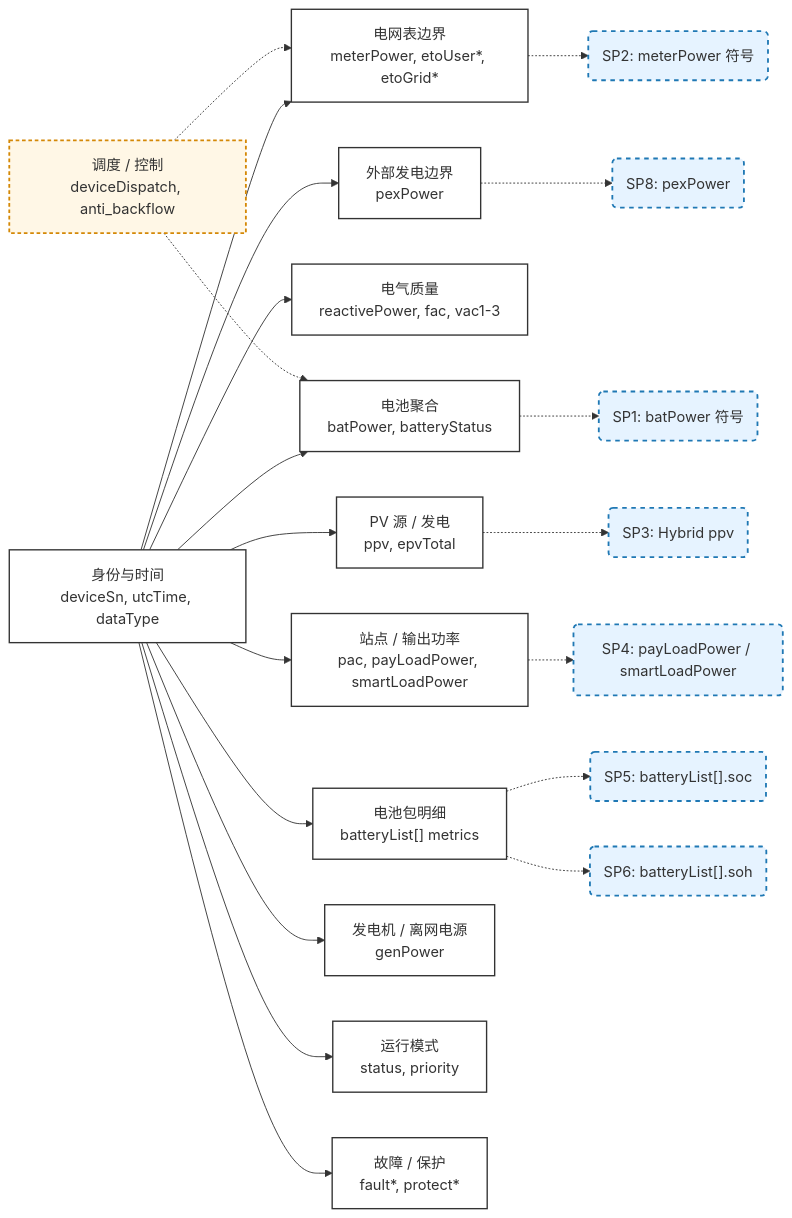
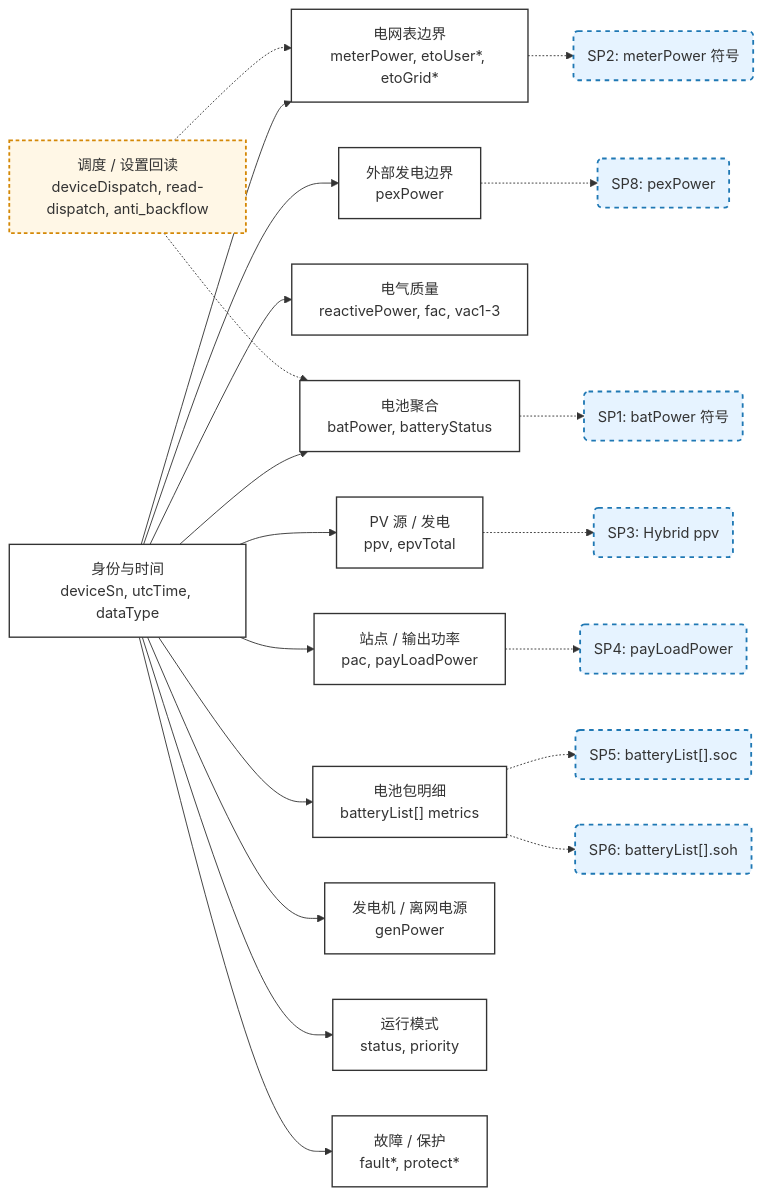
The sixth of 8 diagrams in Growatt API/OPENAPI.zh-CN/13_ess_semantic_model.md (EugeneJian/growatt-unified-api), drawn with Mermaid before and after one commit. The commit also changed other lines of this file and 2 other files, not shown here.

Commit message:
Clarify SP7 as dispatch setting readback

````diff
--- a/Growatt API/OPENAPI.zh-CN/13_ess_semantic_model.md
+++ b/Growatt API/OPENAPI.zh-CN/13_ess_semantic_model.md
@@ -326,53 +323,53 @@
 ```mermaid
 flowchart LR
 
     classDef block fill:#ffffff,stroke:#333,stroke-width:1.5px;
     classDef semantic fill:#e6f3ff,stroke:#1f78b4,stroke-width:2px,stroke-dasharray: 5 5;
     classDef dispatch fill:#fff7e6,stroke:#d48806,stroke-width:2px,stroke-dasharray: 4 3;
 
     Meta["身份与时间<br/>deviceSn, utcTime, dataType"]
     GridMeterBlock["电网表边界<br/>meterPower, etoUser*, etoGrid*"]
     ExternalGenerationBlock["外部发电边界<br/>pexPower"]
     Electrical["电气质量<br/>reactivePower, fac, vac1-3"]
     PVBlock["PV 源 / 发电<br/>ppv, epvTotal"]
-    SiteBlock["站点 / 输出功率<br/>pac, payLoadPower, smartLoadPower"]
+    SiteBlock["站点 / 输出功率<br/>pac, payLoadPower"]
     BatteryAgg["电池聚合<br/>batPower, batteryStatus"]
     BatteryPack["电池包明细<br/>batteryList[] metrics"]
     GeneratorBlock["发电机 / 离网电源<br/>genPower"]
     Runtime["运行模式<br/>status, priority"]
     Fault["故障 / 保护<br/>fault*, protect*"]
 
     SP1("SP1: batPower 符号")
     SP2("SP2: meterPower 符号")
     SP3("SP3: Hybrid ppv")
-    SP4("SP4: payLoadPower / smartLoadPower")
+    SP4("SP4: payLoadPower")
     SP5("SP5: batteryList[].soc")
     SP6("SP6: batteryList[].soh")
     SP8("SP8: pexPower")
-    Dispatch["调度 / 控制<br/>deviceDispatch, anti_backflow"]
+    Dispatch["调度 / 设置回读<br/>deviceDispatch, read-dispatch, anti_backflow"]
 
     Meta --> GridMeterBlock
     Meta --> ExternalGenerationBlock
     Meta --> Electrical
     Meta --> PVBlock
     Meta --> SiteBlock
     Meta --> BatteryAgg
     Meta --> BatteryPack
     Meta --> GeneratorBlock
     Meta --> Runtime
     Meta --> Fault
 
     GridMeterBlock -.-> SP2
     ExternalGenerationBlock -.-> SP8
     PVBlock -.-> SP3
     SiteBlock -.-> SP4
     BatteryAgg -.-> SP1
     BatteryPack -.-> SP5
     BatteryPack -.-> SP6
     Dispatch -.-> BatteryAgg
     Dispatch -.-> GridMeterBlock
 
     class Meta,GridMeterBlock,ExternalGenerationBlock,Electrical,PVBlock,SiteBlock,BatteryAgg,BatteryPack,GeneratorBlock,Runtime,Fault block;
     class SP1,SP2,SP3,SP4,SP5,SP6,SP8 semantic;
     class Dispatch dispatch;
 ```
````
